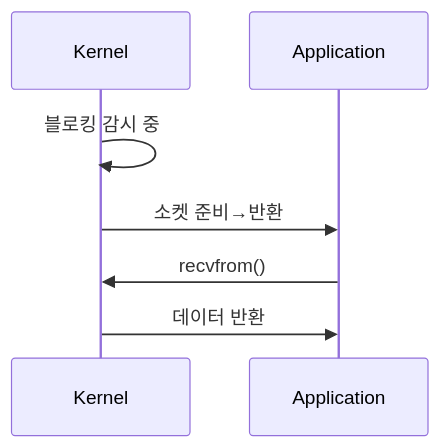
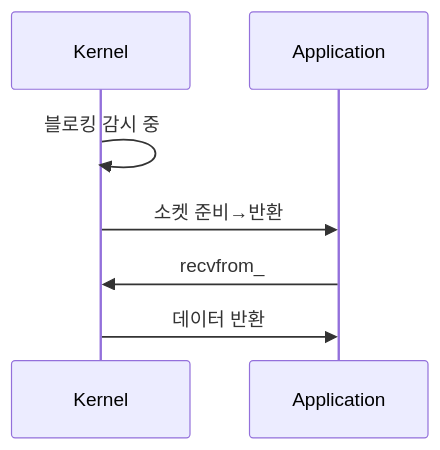
Before and after one commit to yjkim2015/yjkim2015.github.io: the seventh of 9 diagrams in _posts/server/2026-05-01-sync-async-block-nonblock.md, drawn with Mermaid. The commit also changed other lines of this file and 85 other files, not shown here.

First line of the commit message:
sequenceDiagram 문법 에러 2차 수정 169개 (86파일)

````diff
--- a/_posts/server/2026-05-01-sync-async-block-nonblock.md
+++ b/_posts/server/2026-05-01-sync-async-block-nonblock.md
@@ -293,7 +293,7 @@
 ```mermaid
 sequenceDiagram
     Kernel->>Kernel: 블로킹 감시 중
     Kernel->>Application: 소켓 준비→반환
-    Application->>Kernel: recvfrom()
+    Application->>Kernel: recvfrom_
     Kernel->>Application: 데이터 반환
 ```
````
